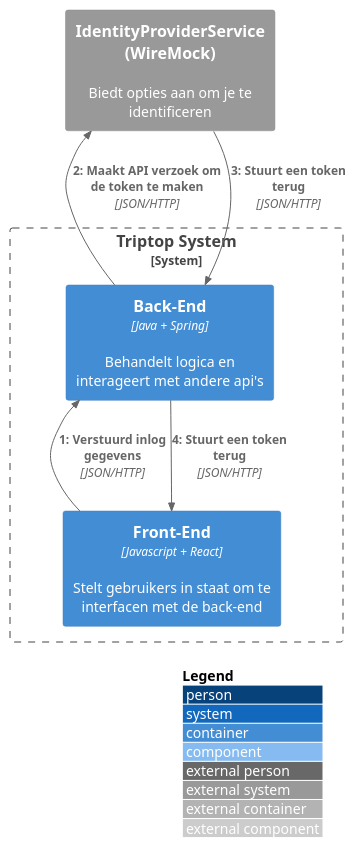
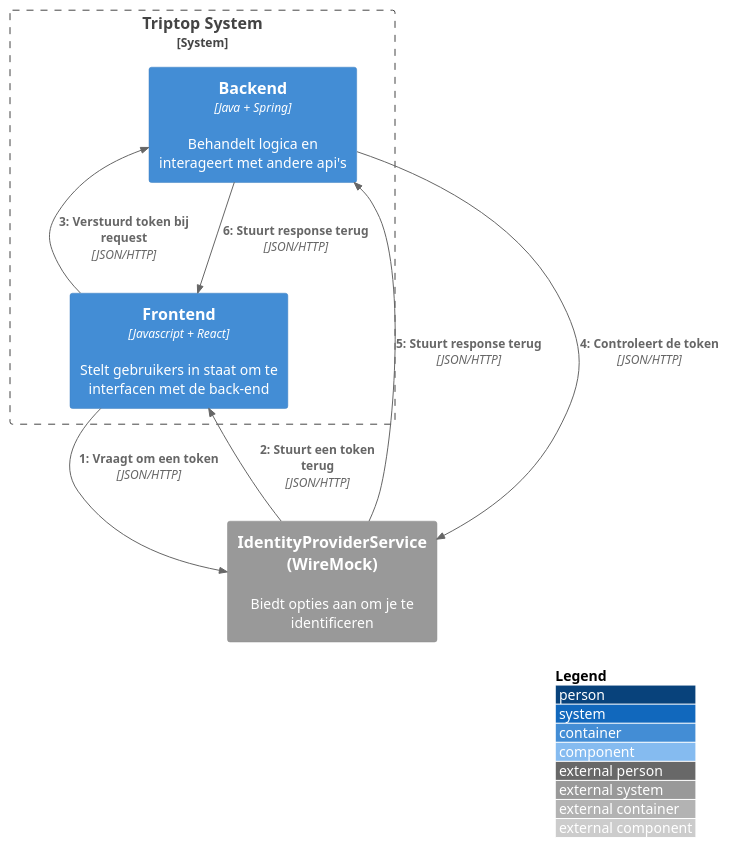
Before and after one commit to AIM-ENE-feb25/triptop-de-broederbond-fgs: the diagram in groeps-uitwerkingen/week1/diagrammen/container/inloggen-dynamisch-container-diagram.puml, drawn with PlantUML. The commit also changed 13 other files, not shown here.

```diff
--- a/groeps-uitwerkingen/week1/diagrammen/container/inloggen-dynamisch-container-diagram.puml
+++ b/groeps-uitwerkingen/week1/diagrammen/container/inloggen-dynamisch-container-diagram.puml
@@ -1,28 +1,29 @@
 @startuml
 
 !include https://raw.githubusercontent.com/plantuml-stdlib/C4-PlantUML/master/C4_Dynamic.puml
 
 LAYOUT_TOP_DOWN()
 LAYOUT_WITH_LEGEND()
 
 System_Boundary(c1, "Triptop System") {
-    Container(front_end, "Front-End", "Javascript + React", "Stelt gebruikers in staat om te interfacen met de back-end")
-    Container(back_end, "Back-End", "Java + Spring", "Behandelt logica en interageert met andere api's")
+    Container(front_end, "Frontend", "Javascript + React", "Stelt gebruikers in staat om te interfacen met de back-end")
+    Container(back_end, "Backend", "Java + Spring", "Behandelt logica en interageert met andere api's")
 }
 
 System_Ext("IdentityProvider","IdentityProviderService (WireMock)", "Biedt opties aan om je te identificeren")
 
 'Rel_U(front_end, IdentityProvider, "Verstuurd inlog gegevens", "JSON/HTTPS")
 'Rel(IdentityProvider, front_end, "Stuurt een token terug", "JSON/HTTPS")
 'Rel(front_end, back_end, "Maakt API verzoek met een token", "JSON/HTTPS")
 'Rel_U(back_end, IdentityProvider, "Maakt API verzoek om de token te autoriseren", "JSON/HTTPS")
 'Rel_D(IdentityProvider, back_end, "Stuurt melding terug als token toegang heeft tot systeem", "JSON/HTTPS")
 
-
-Rel_U(front_end, back_end, "Verstuurd inlog gegevens", "JSON/HTTP")
-Rel_U(back_end, IdentityProvider, "Maakt API verzoek om de token te maken", "JSON/HTTP")
-Rel_D(IdentityProvider, back_end, "Stuurt een token terug", "JSON/HTTP")
-Rel(back_end, front_end, "Stuurt een token terug", "JSON/HTTP")
+Rel(front_end, IdentityProvider, "Vraagt om een token", "JSON/HTTP")
+Rel_U(IdentityProvider, front_end, "Stuurt een token terug", "JSON/HTTP")
+Rel_U(front_end, back_end, "Verstuurd token bij request", "JSON/HTTP")
+Rel(back_end, IdentityProvider, "Controleert de token", "JSON/HTTP")
+Rel(IdentityProvider, back_end, "Stuurt response terug", "JSON/HTTP")
+Rel(back_end, front_end, "Stuurt response terug", "JSON/HTTP")
 
 
 @enduml
```
